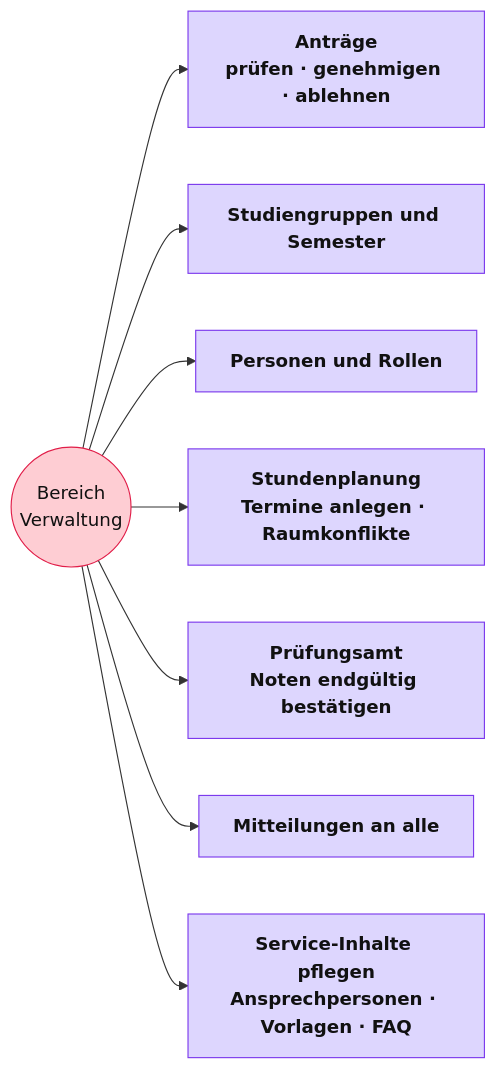
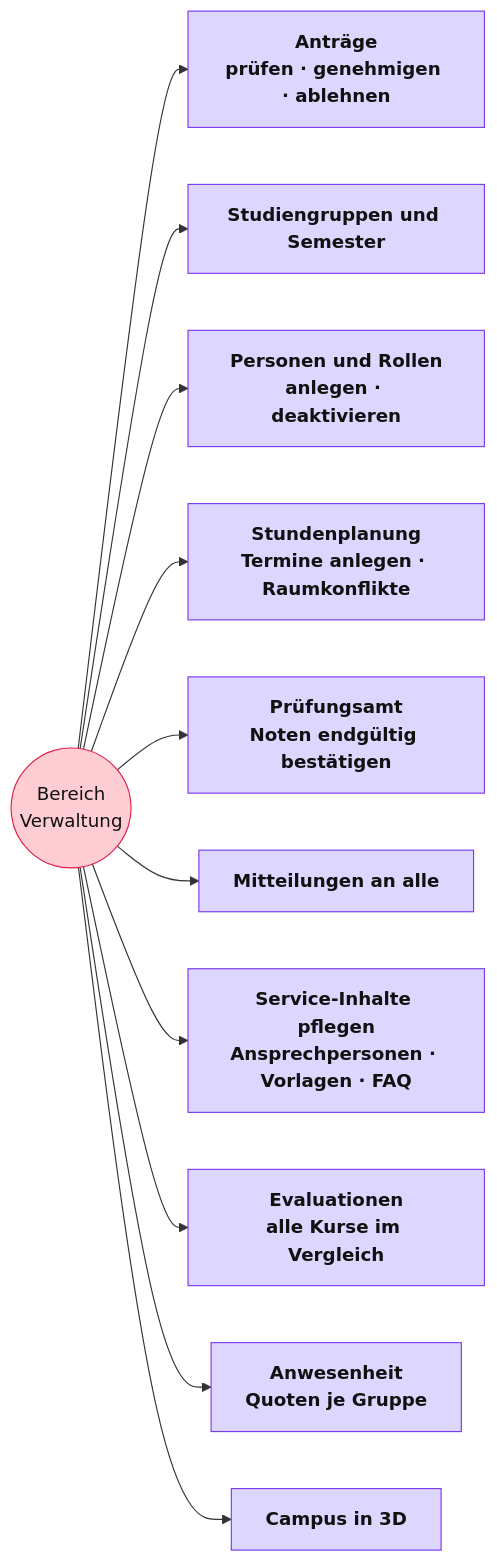
One commit to thimostender/Online-Campus changed the diagram in sitemap-verwaltung.mmd. Above: the diagram before and after it, drawn with Mermaid. The commit also changed 9 other files, not shown here.

Commit message:
Unterlagen auf Prototyp-Stand: Datenmodell Teil 5 (Evaluation, Umfragen, Kurs-Chat, Anwesenheit), Sitemaps mit neuen Seiten und Campus in 3D, Handout-Regeln zur Anonymitaet; PDFs neu gebaut

```diff
--- a/sitemap-verwaltung.mmd
+++ b/sitemap-verwaltung.mmd
@@ -1,14 +1,17 @@
 flowchart LR
   V(("Bereich<br/>Verwaltung"))
   V --> V0["Anträge<br/>prüfen · genehmigen · ablehnen"]
   V --> V1["Studiengruppen und Semester"]
-  V --> V2["Personen und Rollen"]
+  V --> V2["Personen und Rollen<br/>anlegen · deaktivieren"]
   V --> V3["Stundenplanung<br/>Termine anlegen · Raumkonflikte"]
   V --> V4["Prüfungsamt<br/>Noten endgültig bestätigen"]
   V --> V5["Mitteilungen an alle"]
   V --> V6["Service-Inhalte pflegen<br/>Ansprechpersonen · Vorlagen · FAQ"]
+  V --> V7["Evaluationen<br/>alle Kurse im Vergleich"]
+  V --> V8["Anwesenheit<br/>Quoten je Gruppe"]
+  V --> V9["Campus in 3D"]
   classDef root fill:#fecdd3,stroke:#e11d48,color:#111
   classDef main fill:#ddd6fe,stroke:#7c3aed,color:#111,font-weight:bold
   classDef fn fill:#dcfce7,stroke:#16a34a,color:#111
   class V root
-  class V0,V1,V2,V3,V4,V5,V6 main
+  class V0,V1,V2,V3,V4,V5,V6,V7,V8,V9 main
```
